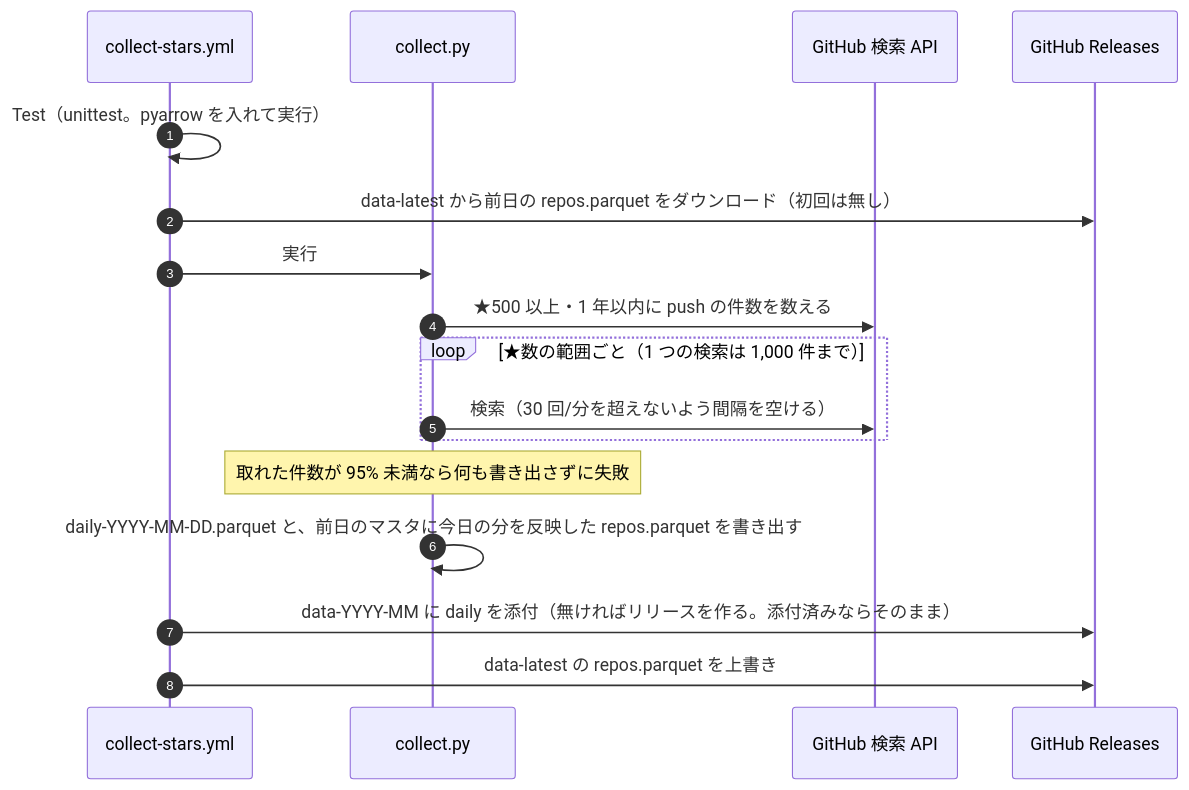
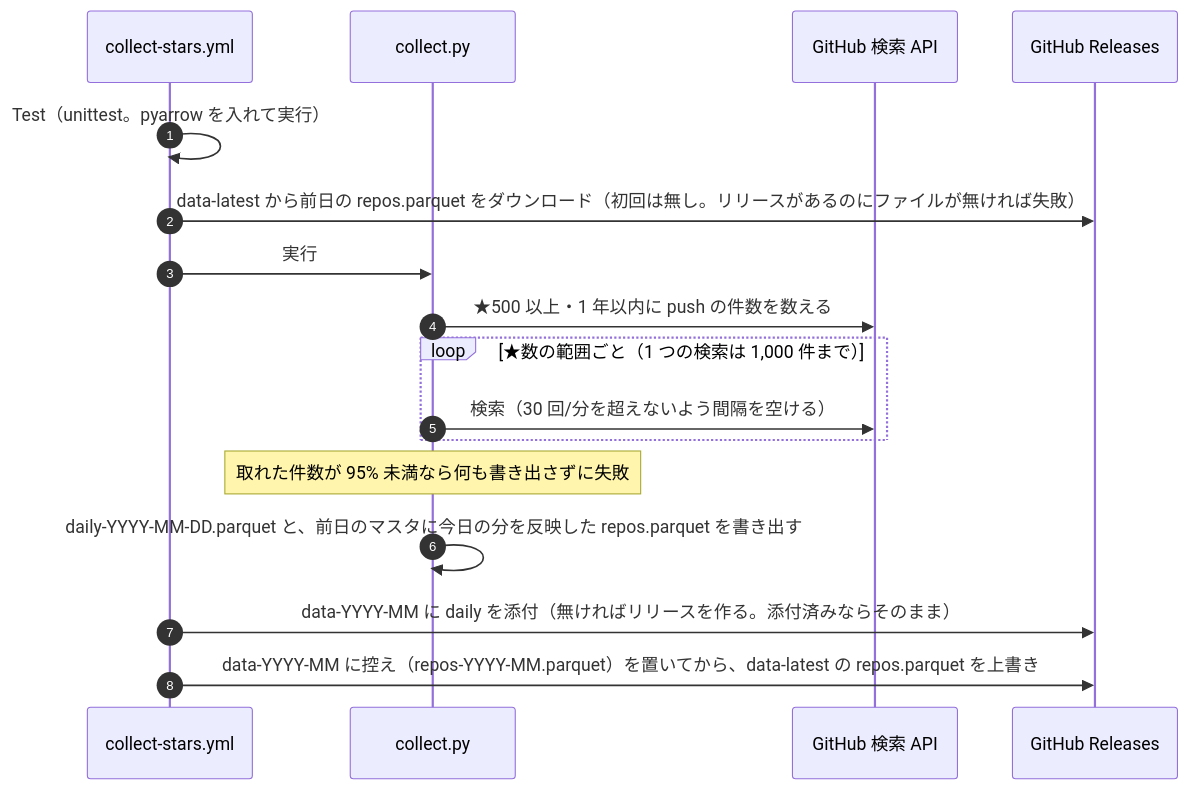
One commit to ot-nemoto/Omiya changed the third of 3 diagrams in docs/DATA_FLOW.md. Above: the diagram before and after it, drawn with Mermaid. The commit also changed 7 other files, not shown here.

````diff
--- a/docs/DATA_FLOW.md
+++ b/docs/DATA_FLOW.md
@@ -115,20 +115,20 @@
 ```mermaid
 sequenceDiagram
     autonumber
     participant WF as collect-stars.yml
     participant C as collect.py
     participant GH as GitHub 検索 API
     participant RL as GitHub Releases
 
     WF->>WF: Test（unittest。pyarrow を入れて実行）
-    WF->>RL: data-latest から前日の repos.parquet をダウンロード（初回は無し）
+    WF->>RL: data-latest から前日の repos.parquet をダウンロード（初回は無し。リリースがあるのにファイルが無ければ失敗）
     WF->>C: 実行
     C->>GH: ★500 以上・1 年以内に push の件数を数える
     loop ★数の範囲ごと（1 つの検索は 1,000 件まで）
         C->>GH: 検索（30 回/分を超えないよう間隔を空ける）
     end
     Note over C: 取れた件数が 95% 未満なら何も書き出さずに失敗
     C->>C: daily-YYYY-MM-DD.parquet と、前日のマスタに今日の分を反映した repos.parquet を書き出す
     WF->>RL: data-YYYY-MM に daily を添付（無ければリリースを作る。添付済みならそのまま）
-    WF->>RL: data-latest の repos.parquet を上書き
+    WF->>RL: data-YYYY-MM に控え（repos-YYYY-MM.parquet）を置いてから、data-latest の repos.parquet を上書き
 ```
````
